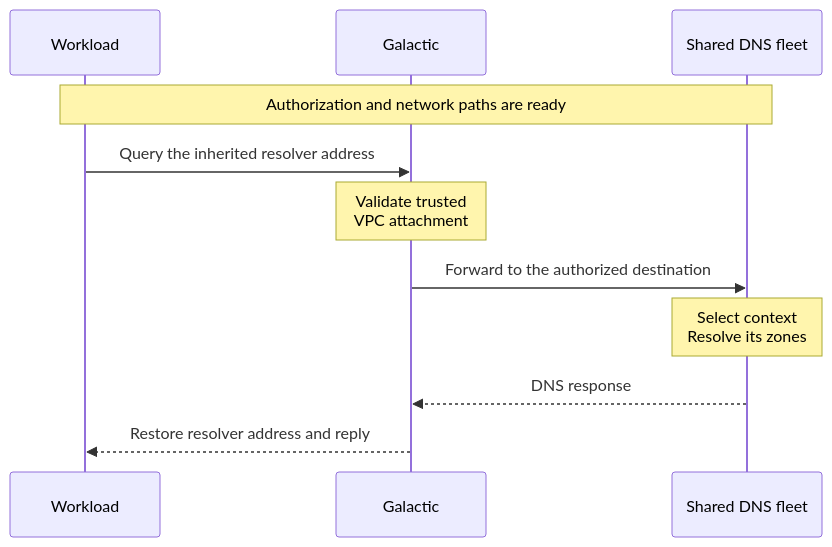
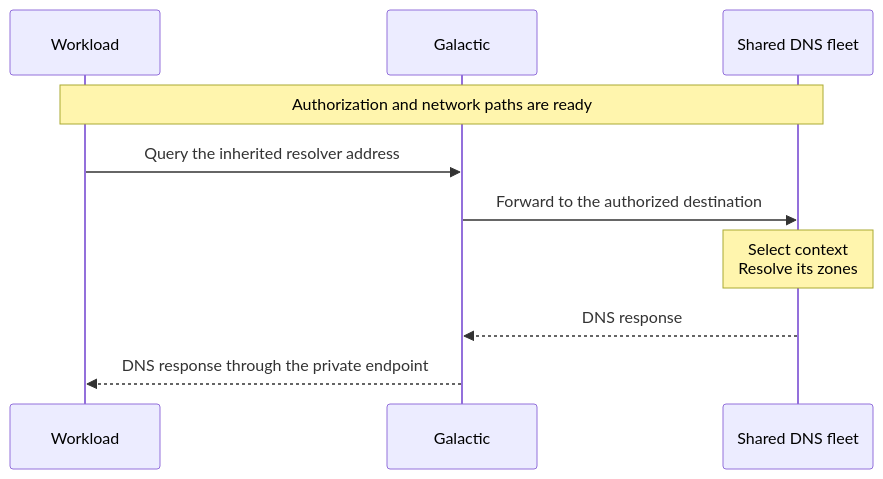
The third of 4 diagrams in architecture/deliver/dns/internal-dns/README.md (datum-cloud/enhancements), drawn with Mermaid before and after one commit. The commit also changed other lines of this file and 2 other files, not shown here.

Commit message:
docs: describe private service connect architecture

````diff
--- a/architecture/deliver/dns/internal-dns/README.md
+++ b/architecture/deliver/dns/internal-dns/README.md
@@ -104,13 +101,12 @@
 ```mermaid
 sequenceDiagram
   participant W as Workload
   participant G as Galactic
   participant D as Shared DNS fleet
   Note over W,D: Authorization and network paths are ready
   W->>G: Query the inherited resolver address
-  Note over G: Validate trusted<br/>VPC attachment
   G->>D: Forward to the authorized destination
   Note over D: Select context<br/>Resolve its zones
   D-->>G: DNS response
-  G-->>W: Restore resolver address and reply
+  G-->>W: DNS response through the private endpoint
 ```
````
